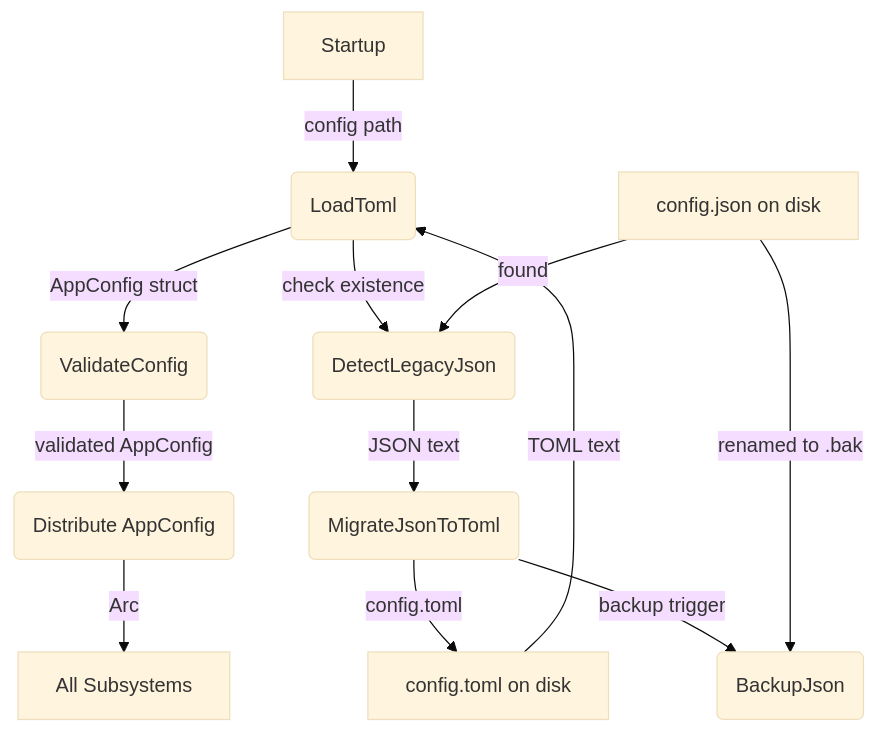
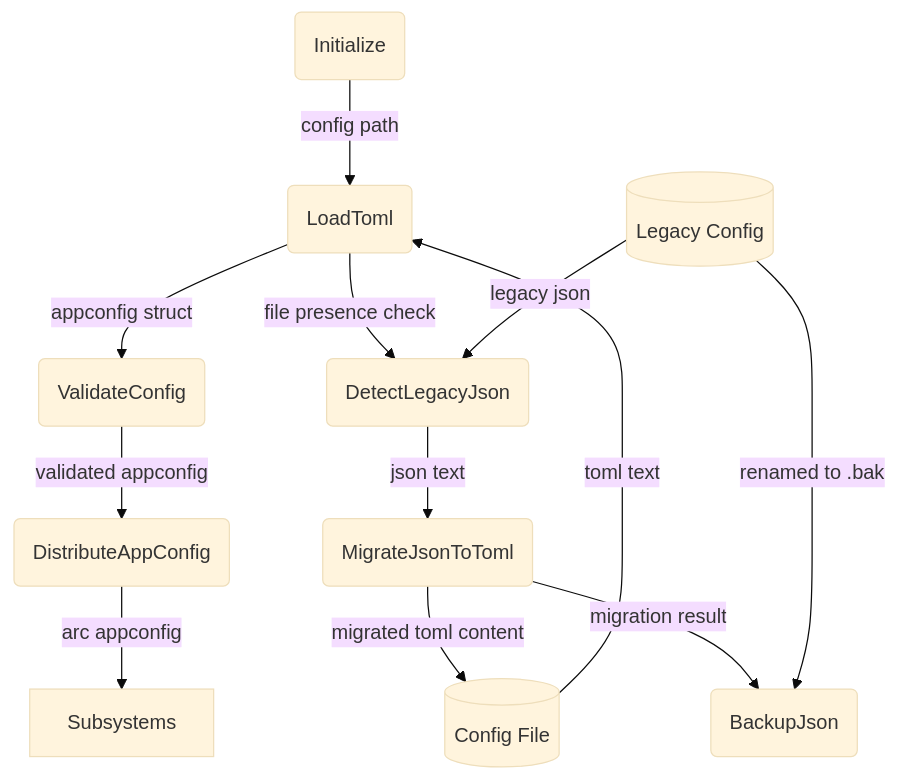
One commit to cosmoswafer/rockbot changed the first of 3 diagrams in _dfds/config.md. Above: the diagram before and after it, drawn with Mermaid (base theme). The commit also changed other lines of this file and 7 other files, not shown here.

````diff
--- a/_dfds/config.md
+++ b/_dfds/config.md
@@ -18,25 +18,25 @@
 ```mermaid
 flowchart TD
-    START[Startup]
-    TOML_FILE["config.toml on disk"]
-    JSON_FILE["config.json on disk"]
+    INIT(Initialize)
+    TOML_FILE[(Config File)]
+    JSON_LEGACY[(Legacy Config)]
     LOAD(LoadToml)
     DETECT(DetectLegacyJson)
     MIGRATE(MigrateJsonToToml)
     BACKUP(BackupJson)
     VALIDATE(ValidateConfig)
-    SHARE(Distribute AppConfig)
-    SUBSYS[All Subsystems]
+    SHARE(DistributeAppConfig)
+    SUBSYS[Subsystems]
 
-    START -->|"config path"| LOAD
-    TOML_FILE -->|"TOML text"| LOAD
-    LOAD -->|"AppConfig struct"| VALIDATE
-    LOAD -->|"check existence"| DETECT
-    JSON_FILE -->|"found"| DETECT
-    DETECT -->|"JSON text"| MIGRATE
-    MIGRATE -->|"config.toml"| TOML_FILE
-    MIGRATE -->|"backup trigger"| BACKUP
-    JSON_FILE -->|"renamed to .bak"| BACKUP
-    VALIDATE -->|"validated AppConfig"| SHARE
-    SHARE -->|"Arc<AppConfig>"| SUBSYS
+    INIT -->|"config path"| LOAD
+    TOML_FILE -->|"toml text"| LOAD
+    LOAD -->|"appconfig struct"| VALIDATE
+    LOAD -->|"file presence check"| DETECT
+    JSON_LEGACY -->|"legacy json"| DETECT
+    DETECT -->|"json text"| MIGRATE
+    MIGRATE -->|"migrated toml content"| TOML_FILE
+    MIGRATE -->|"migration result"| BACKUP
+    JSON_LEGACY -->|"renamed to .bak"| BACKUP
+    VALIDATE -->|"validated appconfig"| SHARE
+    SHARE -->|"arc appconfig"| SUBSYS
 ```
````
